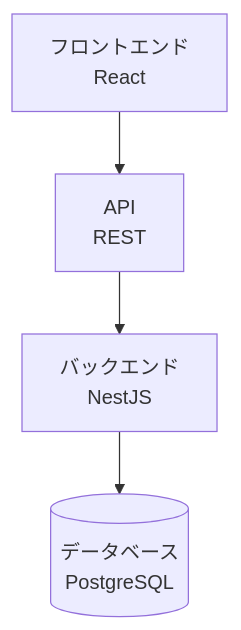
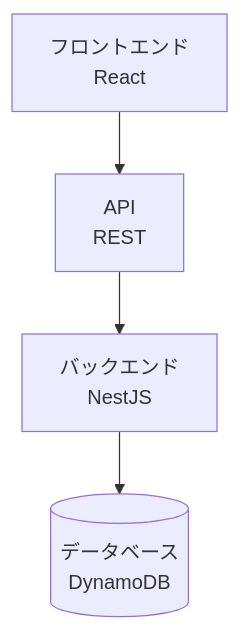
Before and after one commit to goataka/document-driven-development: the second of 3 diagrams in docs/agreement/diagram-style.md, drawn with Mermaid. The commit also changed other lines of this file and 38 other files, not shown here.

Commit message:
Add policy-focused build, release, deploy, operate, and monitor documentation with serverless architecture (DynamoDB + LocalStack) (#13)

````diff
--- a/docs/agreement/diagram-style.md
+++ b/docs/agreement/diagram-style.md
@@ -27,6 +27,6 @@
 ```mermaid
 graph TD
     A[フロントエンド<br/>React] --> B[API<br/>REST]
     B --> C[バックエンド<br/>NestJS]
-    C --> D[(データベース<br/>PostgreSQL)]
+    C --> D[(データベース<br/>DynamoDB)]
 ```
````
